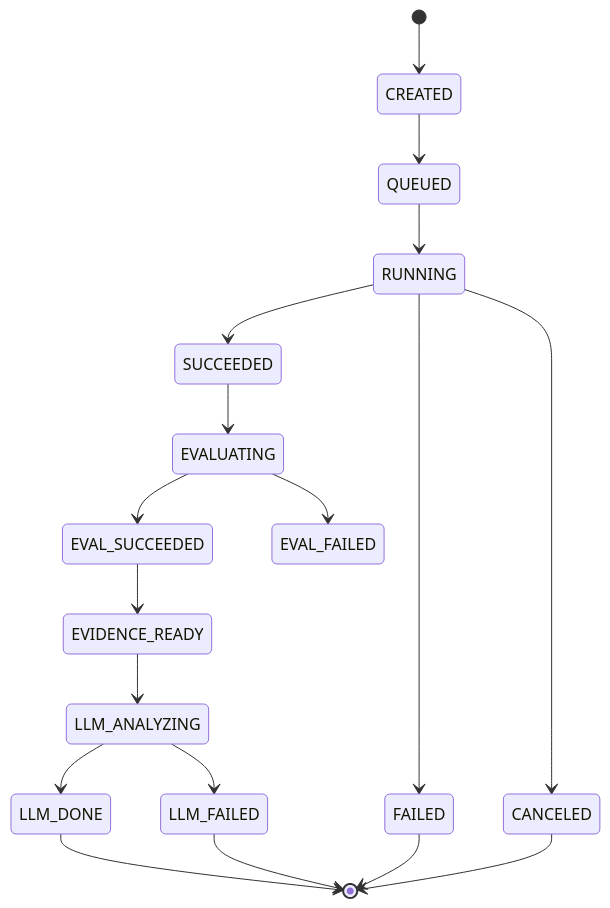
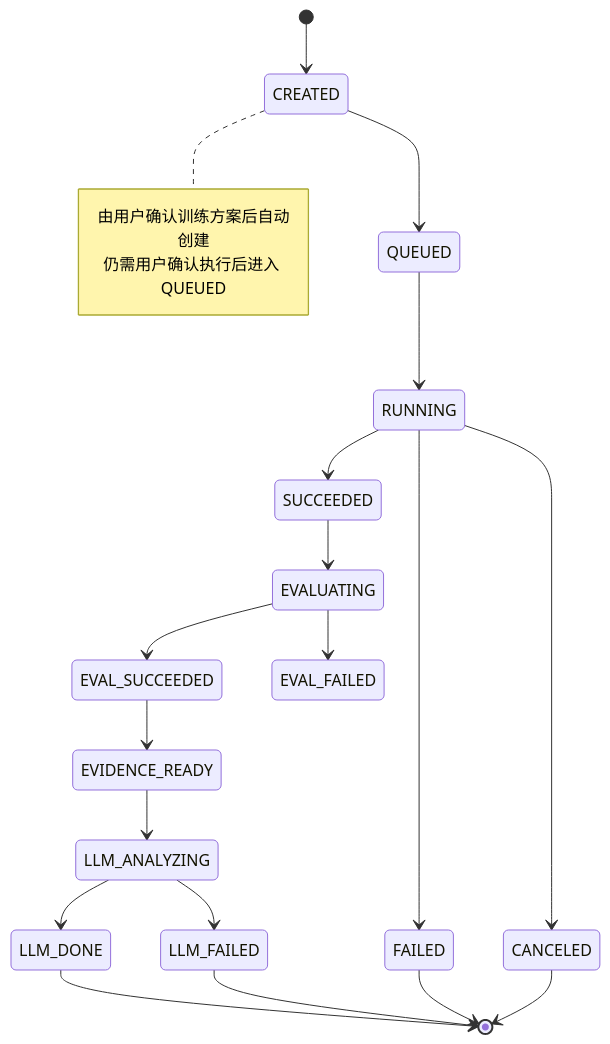
One commit to oneraylee/autopot changed the second of 4 diagrams in docs/init/2.系统架构.md. Above: the diagram before and after it, drawn with Mermaid. The commit also changed other lines of this file and 14 other files, not shown here.

````diff
--- a/docs/init/2.系统架构.md
+++ b/docs/init/2.系统架构.md
@@ -38,23 +60,28 @@
 ```mermaid
 stateDiagram-v2
   [*] --> CREATED
   CREATED --> QUEUED
   QUEUED --> RUNNING
   RUNNING --> SUCCEEDED
   RUNNING --> FAILED
   RUNNING --> CANCELED
 
   SUCCEEDED --> EVALUATING
   EVALUATING --> EVAL_SUCCEEDED
   EVALUATING --> EVAL_FAILED
 
   EVAL_SUCCEEDED --> EVIDENCE_READY
   EVIDENCE_READY --> LLM_ANALYZING
   LLM_ANALYZING --> LLM_DONE
   LLM_ANALYZING --> LLM_FAILED
 
   LLM_DONE --> [*]
   LLM_FAILED --> [*]
   FAILED --> [*]
   CANCELED --> [*]
+
+  note right of CREATED
+    由用户确认训练方案后自动创建
+    仍需用户确认执行后进入 QUEUED
+  end note
 ```
````
